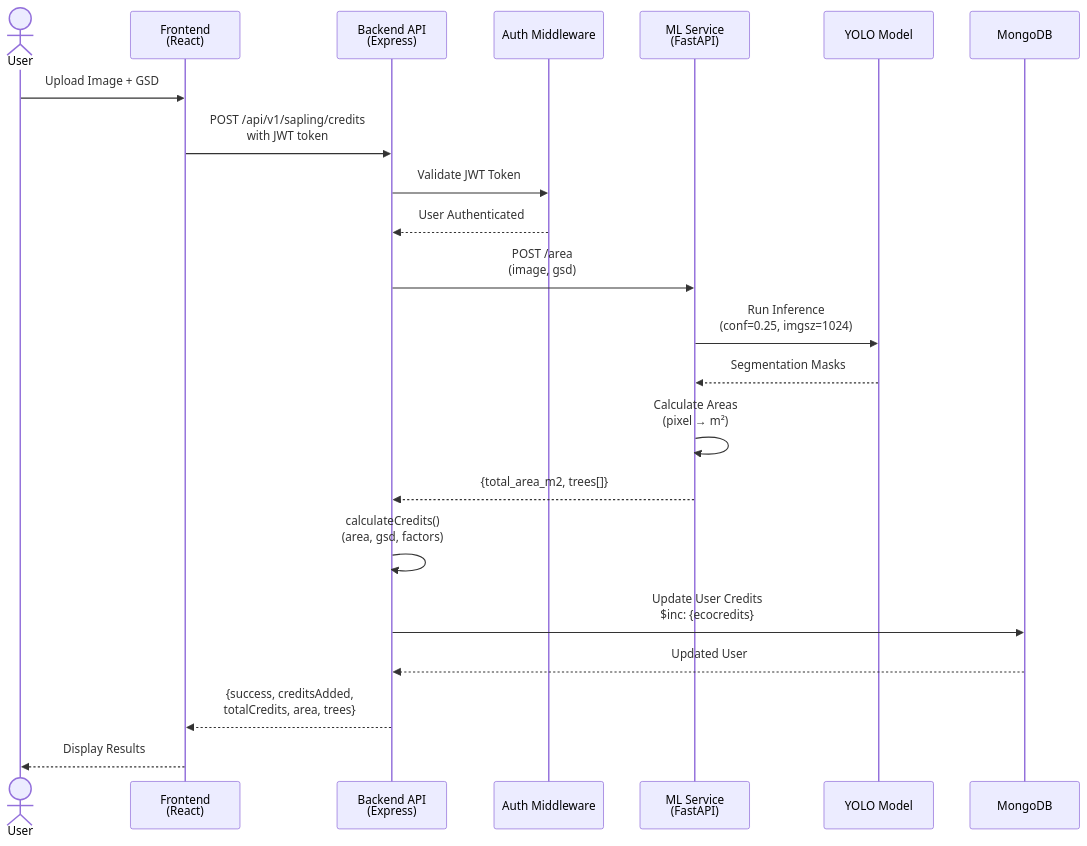
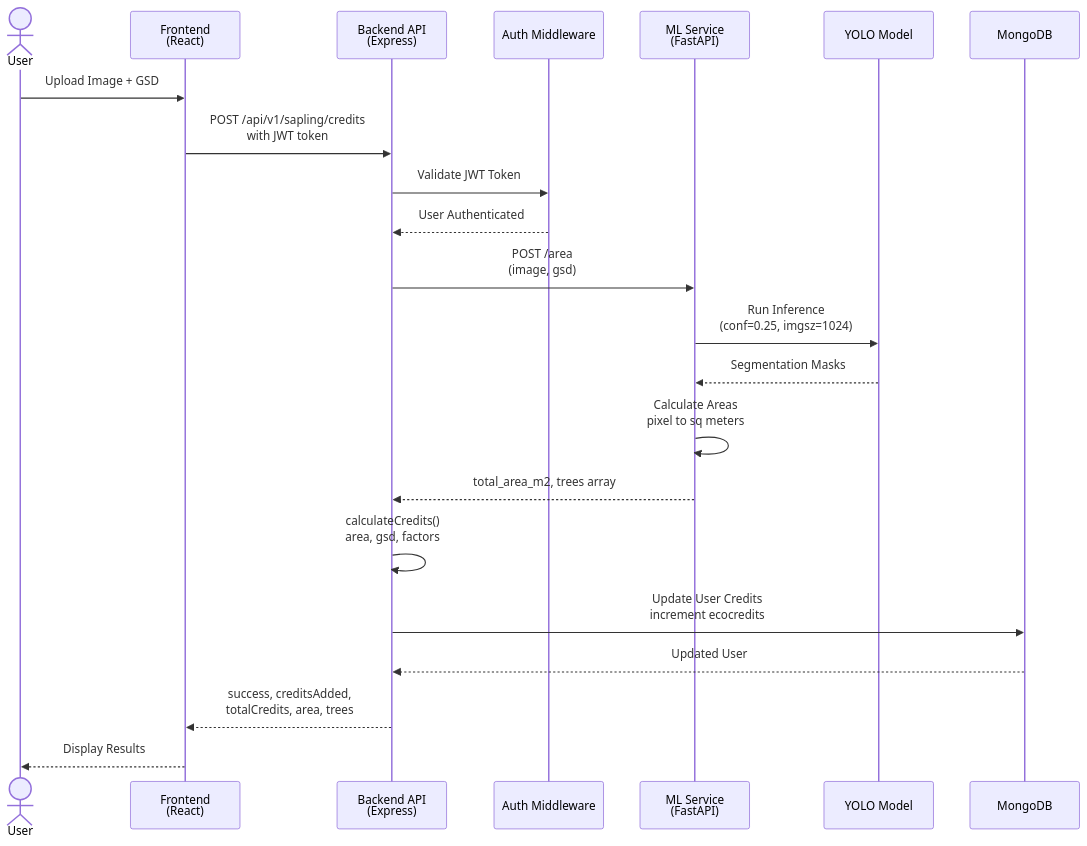
The second of 9 diagrams in README.md (NEhIL06/Ecosap), drawn with Mermaid before and after one commit. The commit also changed other lines of this file, not shown here.

Commit message:
docs: Clarify and simplify diagram text and notation in README, including replacing `$inc` with `increment` and `π` with `pi`.

````diff
--- a/README.md
+++ b/README.md
@@ -147,28 +147,28 @@
 ```mermaid
 sequenceDiagram
     actor User
     participant FE as Frontend<br/>(React)
     participant API as Backend API<br/>(Express)
     participant Auth as Auth Middleware
     participant ML as ML Service<br/>(FastAPI)
     participant YOLO as YOLO Model
     participant DB as MongoDB
 
     User->>FE: Upload Image + GSD
     FE->>API: POST /api/v1/sapling/credits<br/>with JWT token
     API->>Auth: Validate JWT Token
     Auth-->>API: User Authenticated
     
     API->>ML: POST /area<br/>(image, gsd)
     ML->>YOLO: Run Inference<br/>(conf=0.25, imgsz=1024)
     YOLO-->>ML: Segmentation Masks
-    ML->>ML: Calculate Areas<br/>(pixel → m²)
-    ML-->>API: {total_area_m2, trees[]}
+    ML->>ML: Calculate Areas<br/>pixel to sq meters
+    ML-->>API: total_area_m2, trees array
     
-    API->>API: calculateCredits()<br/>(area, gsd, factors)
-    API->>DB: Update User Credits<br/>$inc: {ecocredits}
+    API->>API: calculateCredits()<br/>area, gsd, factors
+    API->>DB: Update User Credits<br/>increment ecocredits
     DB-->>API: Updated User
     
-    API-->>FE: {success, creditsAdded,<br/>totalCredits, area, trees}
+    API-->>FE: success, creditsAdded,<br/>totalCredits, area, trees
     FE-->>User: Display Results
 ```
````
